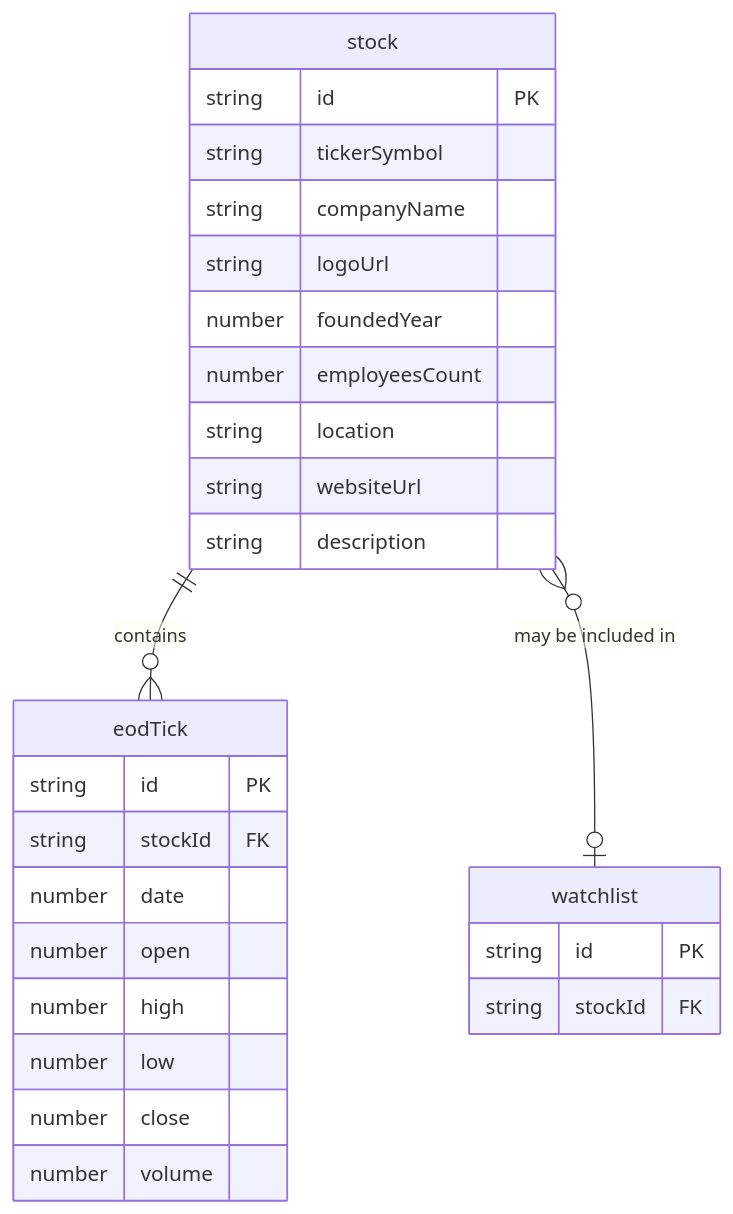
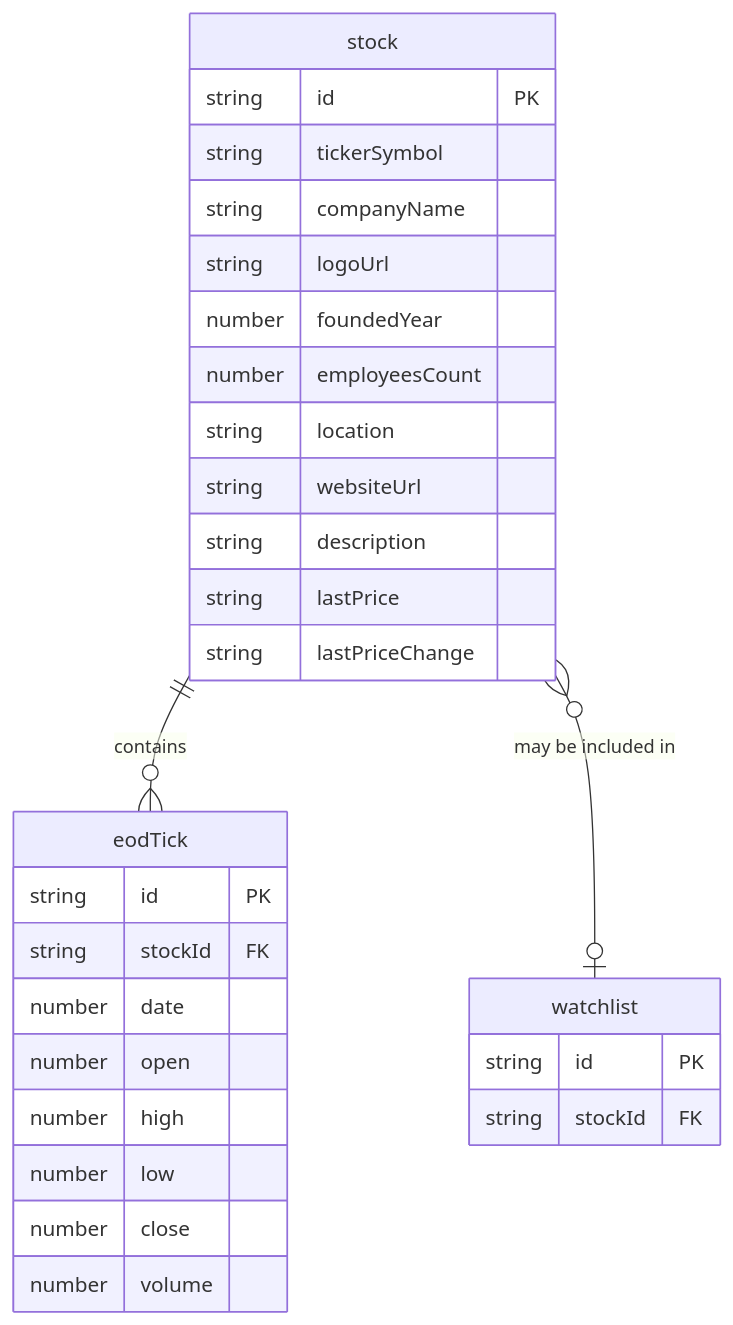
Before and after one commit to tiMtanic/asset-mate-react: the diagram in README.md, drawn with Mermaid. The commit also changed other lines of this file and 30 other files, not shown here.

````diff
--- a/README.md
+++ b/README.md
@@ -9,30 +11,32 @@
 ```mermaid
 erDiagram
     stock ||--o{ eodTick : contains
     stock {
       string id PK
       string tickerSymbol
       string companyName
       string logoUrl
       number foundedYear
       number employeesCount
       string location
       string websiteUrl
       string description
+      string lastPrice
+      string lastPriceChange
     }
     eodTick {
       string id PK
       string stockId FK
       number date
       number open
       number high
       number low
       number close
       number volume
     }
     stock }o--o| watchlist : "may be included in"
     watchlist {
       string id PK
       string stockId FK
     }
 ```
````
